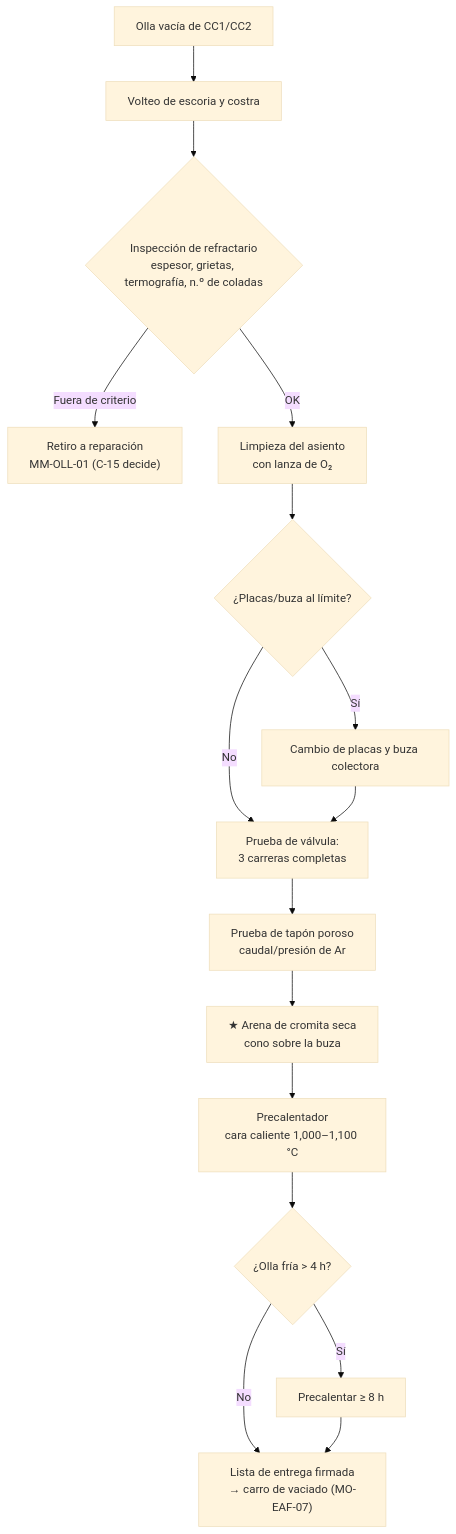
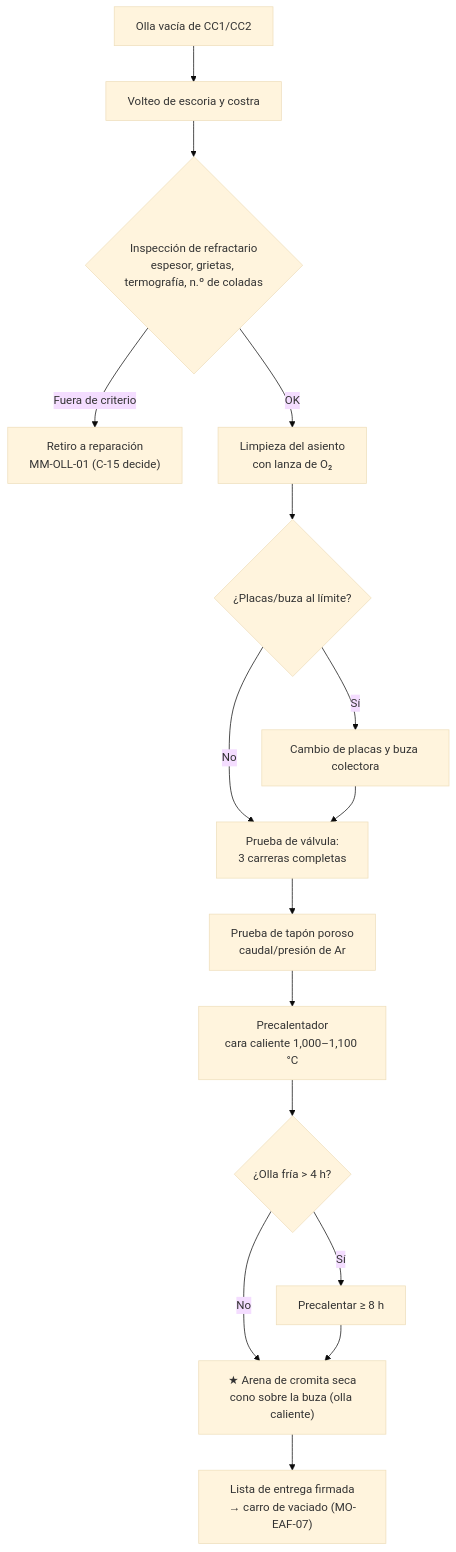
Before and after one commit to diegocardonaguzman03-maker/HR: the diagram in 10-plantas/01-steelmaking/02-operacion/ollas-lf/MO-OLL-01-preparacion-olla.md, drawn with Mermaid (base theme). The commit also changed other lines of this file and 59 other files, not shown here.

````diff
--- a/10-plantas/01-steelmaking/02-operacion/ollas-lf/MO-OLL-01-preparacion-olla.md
+++ b/10-plantas/01-steelmaking/02-operacion/ollas-lf/MO-OLL-01-preparacion-olla.md
@@ -30,18 +30,18 @@
 ```mermaid
 flowchart TD
     A["Olla vacía de CC1/CC2"] --> B["Volteo de escoria y costra"]
     B --> C{"Inspección de refractario<br/>espesor, grietas, termografía, n.º de coladas"}
     C -- "Fuera de criterio" --> R["Retiro a reparación<br/>MM-OLL-01 (C-15 decide)"]
     C -- "OK" --> D["Limpieza del asiento<br/>con lanza de O₂"]
     D --> E{"¿Placas/buza al límite?"}
     E -- "Sí" --> F["Cambio de placas y buza colectora"]
     E -- "No" --> G
     F --> G["Prueba de válvula:<br/>3 carreras completas"]
     G --> H["Prueba de tapón poroso<br/>caudal/presión de Ar"]
-    H --> I["★ Arena de cromita seca<br/>cono sobre la buza"]
-    I --> J["Precalentador<br/>cara caliente 1,000–1,100 °C"]
+    H --> J["Precalentador<br/>cara caliente 1,000–1,100 °C"]
     J --> K{"¿Olla fría > 4 h?"}
     K -- "Sí" --> L["Precalentar ≥ 8 h"]
-    K -- "No" --> M
-    L --> M["Lista de entrega firmada<br/>→ carro de vaciado (MO-EAF-07)"]
+    K -- "No" --> I
+    L --> I["★ Arena de cromita seca<br/>cono sobre la buza (olla caliente)"]
+    I --> M["Lista de entrega firmada<br/>→ carro de vaciado (MO-EAF-07)"]
 ```
````
